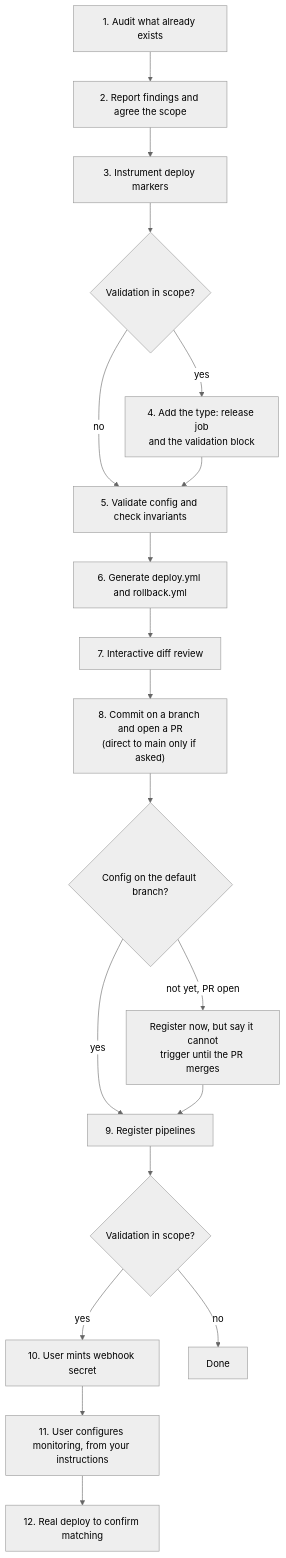
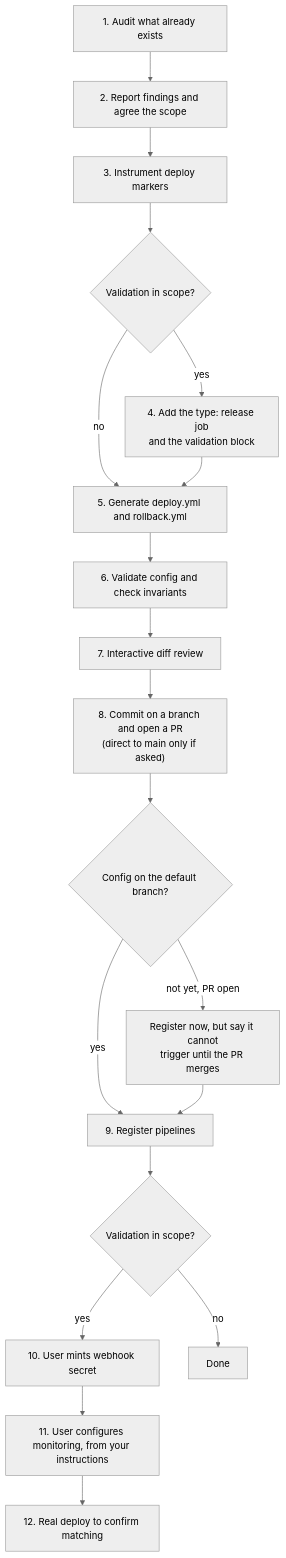
The diagram in plugins/circleci/skills/deploy-setup/SKILL.md (CircleCI-Public/skills), drawn with Mermaid (neutral theme) before and after one commit. The commit also changed other lines of this file and 7 other files, not shown here.

First line of the commit message:
Address review findings on the deploy-setup skill

````diff
--- a/plugins/circleci/skills/deploy-setup/SKILL.md
+++ b/plugins/circleci/skills/deploy-setup/SKILL.md
@@ -24,21 +24,21 @@
 ```mermaid
 flowchart TD
   Audit[1. Audit what already exists] --> Ask[2. Report findings and agree the scope]
   Ask --> Markers[3. Instrument deploy markers]
   Markers --> Val{Validation in scope?}
   Val -->|yes| RelJob["4. Add the type: release job<br>and the validation block"]
-  Val -->|no| Verify
-  RelJob --> Verify[5. Validate config and check invariants]
-  Verify --> Pipelines[6. Generate deploy.yml and rollback.yml]
-  Pipelines --> Review[7. Interactive diff review]
+  Val -->|no| Pipelines
+  RelJob --> Pipelines[5. Generate deploy.yml and rollback.yml]
+  Pipelines --> Verify[6. Validate config and check invariants]
+  Verify --> Review[7. Interactive diff review]
   Review --> Commit["8. Commit on a branch and open a PR<br>(direct to main only if asked)"]
   Commit --> Merged{Config on the default branch?}
   Merged -->|"not yet, PR open"| Wait["Register now, but say it cannot<br>trigger until the PR merges"]
   Merged -->|yes| Register[9. Register pipelines]
   Wait --> Register
   Register --> Val2{Validation in scope?}
   Val2 -->|yes| Secret["10. User mints webhook secret"]
   Secret --> Monitor["11. User configures monitoring, from your instructions"]
   Monitor --> Smoke[12. Real deploy to confirm matching]
   Val2 -->|no| Done[Done]
 ```
````
